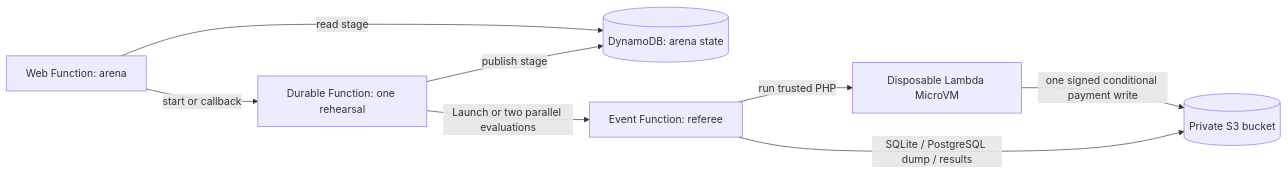
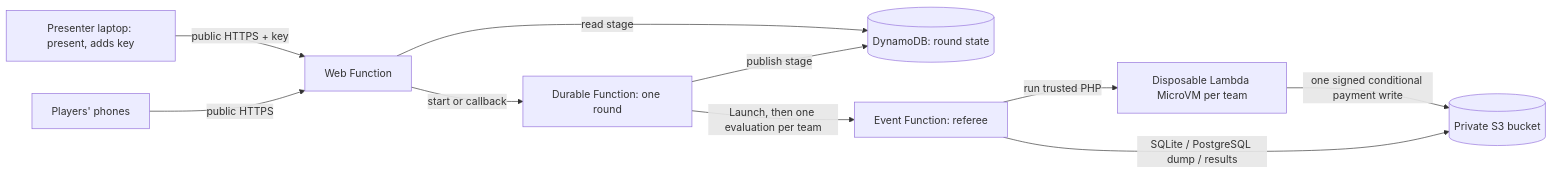
Before and after one commit to grumpydevorg/blackfriday: the diagram in docs/processes/aws-rehearsal.md, drawn with Mermaid. The commit also changed other lines of this file and 21 other files, not shown here.

First line of the commit message:
feat: the audience Growth round, public player page and keyed presenter page

````diff
--- a/docs/processes/aws-rehearsal.md
+++ b/docs/processes/aws-rehearsal.md
@@ -23,10 +80,12 @@
 ```mermaid
 flowchart LR
-  W[Web Function: arena] -->|start or callback| D[Durable Function: one rehearsal]
-  D -->|publish stage| T[(DynamoDB: arena state)]
+  Ph[Players' phones] -->|public HTTPS| W[Web Function]
+  P[Presenter laptop: present, adds key] -->|public HTTPS + key| W
+  W -->|start or callback| D[Durable Function: one round]
+  D -->|publish stage| T[(DynamoDB: round state)]
   W -->|read stage| T
-  D -->|Launch or two parallel evaluations| E[Event Function: referee]
-  E -->|run trusted PHP| M[Disposable Lambda MicroVM]
+  D -->|Launch, then one evaluation per team| E[Event Function: referee]
+  E -->|run trusted PHP| M[Disposable Lambda MicroVM per team]
   E -->|SQLite / PostgreSQL dump / results| S[(Private S3 bucket)]
   M -->|one signed conditional payment write| S
 ```
````
